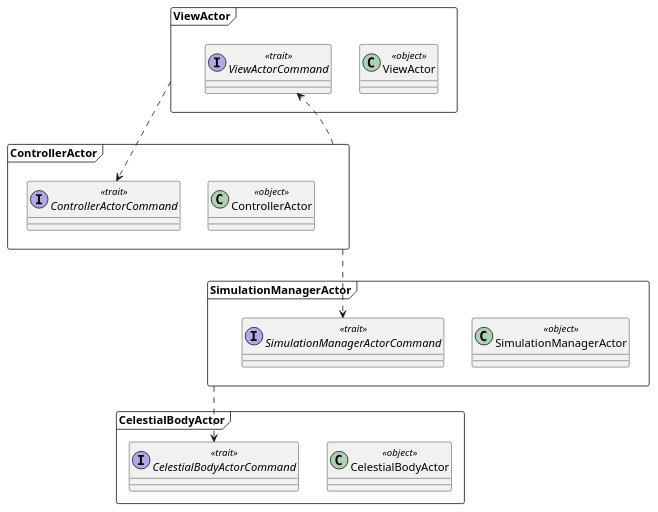
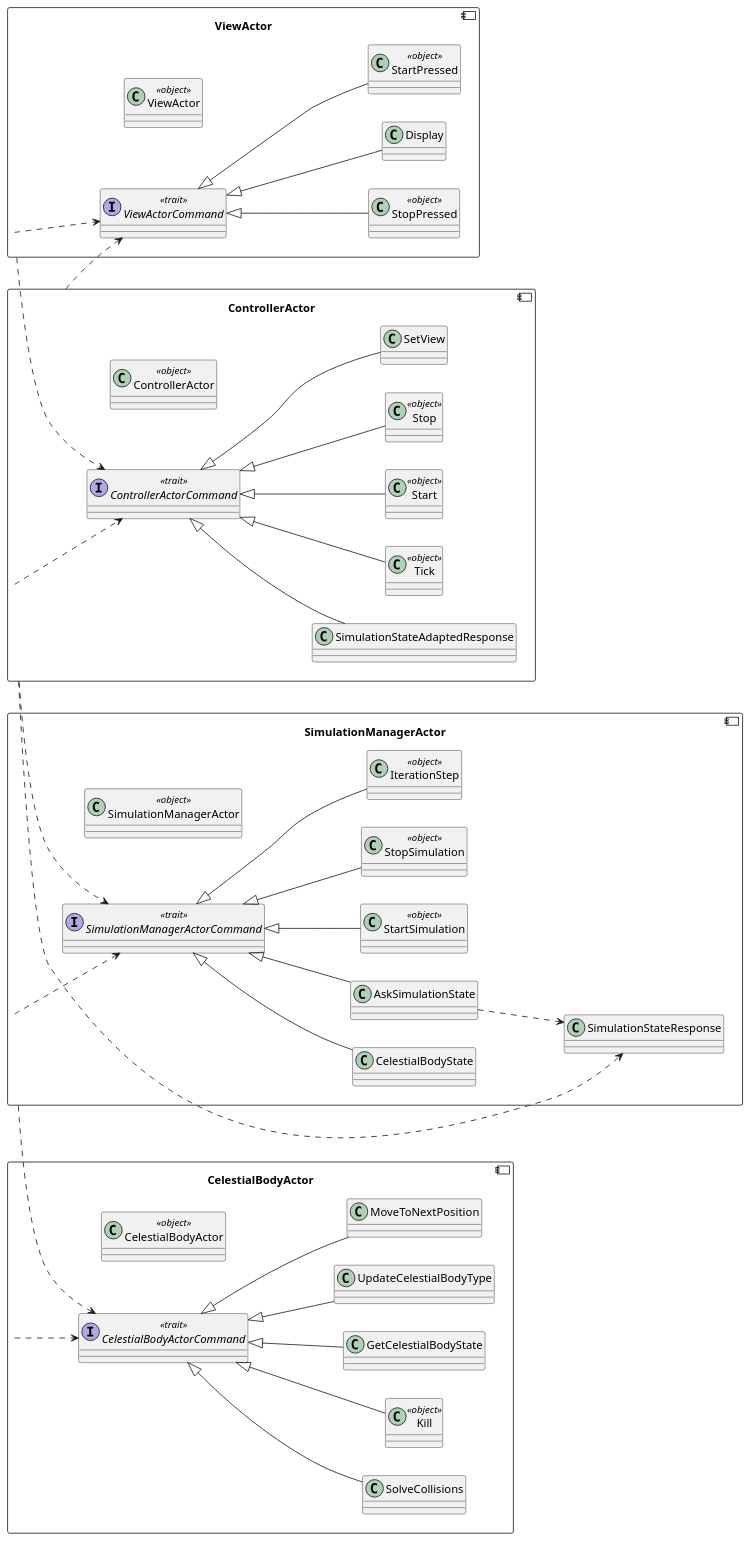
The diagram in UML_diagrams/actors_class_diagram.puml (FilippoVissani/PPS-22-galaxy-sim), drawn with PlantUML before and after one commit.

Commit message:
Added messages and dependencies

```diff
--- a/UML_diagrams/actors_class_diagram.puml
+++ b/UML_diagrams/actors_class_diagram.puml
@@ -1,28 +1,56 @@
 @startuml
 
-package ViewActor <<Frame>> {
+left to right direction
+
+component ViewActor {
   class ViewActor << object >>
   interface ViewActorCommand << trait >>
+  class Display extends ViewActorCommand
+  class StartPressed << object >> extends ViewActorCommand
+  class StopPressed << object >> extends ViewActorCommand
 }
 
-package ControllerActor <<Frame>> {
+component ControllerActor{
   class ControllerActor << object >>
   interface ControllerActorCommand << trait >>
+  class Start << object >> extends ControllerActorCommand
+  class Stop << object >> extends ControllerActorCommand
+  class SetView extends ControllerActorCommand
+  class SimulationStateAdaptedResponse extends ControllerActorCommand
+  class Tick << object >> extends ControllerActorCommand
 }
 
-package SimulationManagerActor <<Frame>> {
+component SimulationManagerActor{
   class SimulationManagerActor << object >>
   interface SimulationManagerActorCommand << trait >>
+  class StartSimulation << object >> extends SimulationManagerActorCommand
+  class StopSimulation << object >> extends SimulationManagerActorCommand
+  class IterationStep << object >> extends SimulationManagerActorCommand
+  class CelestialBodyState extends SimulationManagerActorCommand
+  class AskSimulationState extends SimulationManagerActorCommand
+  class SimulationStateResponse
+}
+AskSimulationState ..> SimulationStateResponse
+ControllerActor ..> SimulationStateResponse
+
+component CelestialBodyActor {
+  class CelestialBodyActor << object >>
+  interface CelestialBodyActorCommand << trait >>
+  class GetCelestialBodyState extends CelestialBodyActorCommand
+  class UpdateCelestialBodyType extends CelestialBodyActorCommand
+  class MoveToNextPosition extends CelestialBodyActorCommand
+  class SolveCollisions extends CelestialBodyActorCommand
+  class Kill << object >> extends CelestialBodyActorCommand
 }
 
-package CelestialBodyActor <<Frame>> {
-  class CelestialBodyActor << object >>
-  interface CelestialBodyActorCommand << trait >>
-}
+ViewActor ..> ViewActorCommand
+ControllerActor ..> ControllerActorCommand
+SimulationManagerActor ..> SimulationManagerActorCommand
+CelestialBodyActor ..> CelestialBodyActorCommand
 
 ViewActor ..> ControllerActorCommand
 ControllerActor ..> ViewActorCommand
 ControllerActor ..> SimulationManagerActorCommand
 SimulationManagerActor ..> CelestialBodyActorCommand
 
 @enduml
```
